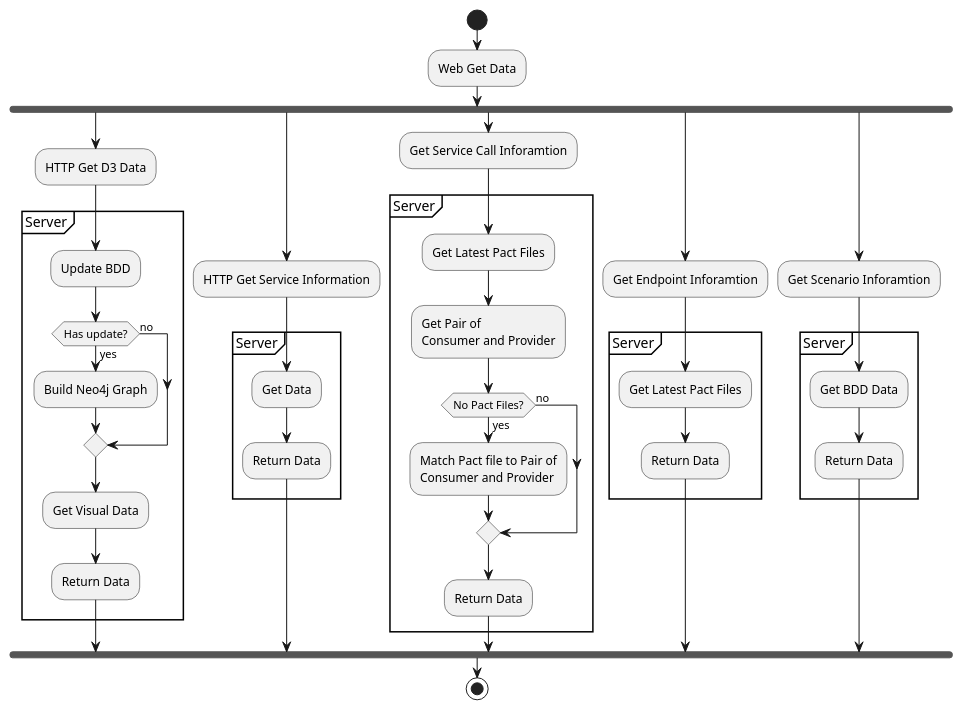
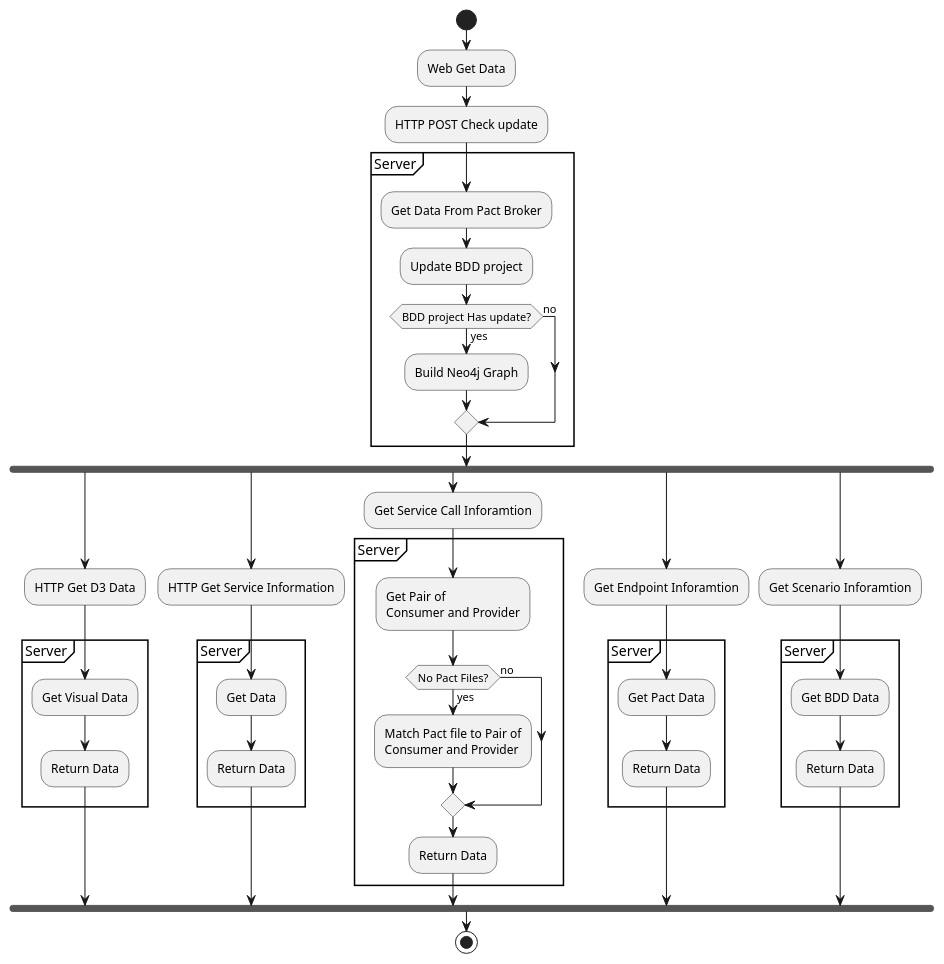
One commit to b4456609/mgp-back changed the diagram in diagram/getData.puml. Above: the diagram before and after it, drawn with PlantUML. The commit also changed 5 other files, not shown here.

```diff
--- a/diagram/getData.puml
+++ b/diagram/getData.puml
@@ -1,46 +1,49 @@
 @startuml
 start
 :Web Get Data;
+:HTTP POST Check update;
+partition Server {
+    :Get Data From Pact Broker;
+    :Update BDD project;
+    if (BDD project Has update?) then (yes)
+        :Build Neo4j Graph;
+    else (no)
+    endif
+}
 fork
     :HTTP Get D3 Data;
     partition Server {
-        :Update BDD;
-        if (Has update?) then (yes)
-            :Build Neo4j Graph;
-        else (no)
-        endif
         :Get Visual Data;
         :Return Data;
     }
 fork again
     :HTTP Get Service Information;
     partition Server {
         :Get Data;
         :Return Data;
     }
 fork again
     :Get Service Call Inforamtion;
     partition Server {
-        :Get Latest Pact Files;
         :Get Pair of \nConsumer and Provider;
         if (No Pact Files?) then (yes)
             :Match Pact file to Pair of\nConsumer and Provider;
         else (no)
         endif
         :Return Data;
     }
 fork again
     :Get Endpoint Inforamtion;
     partition Server {
-        :Get Latest Pact Files;
+        :Get Pact Data;
         :Return Data;
     }
 fork again
     :Get Scenario Inforamtion;
     partition Server {
         :Get BDD Data;
         :Return Data;
     }
 end fork
 stop
 @enduml
```
